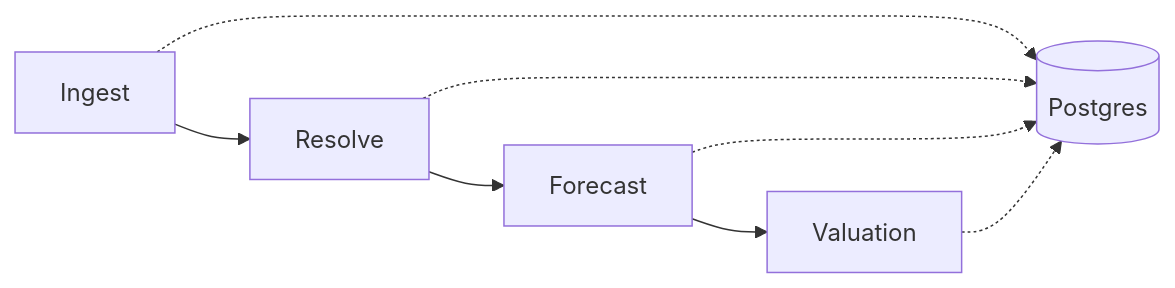
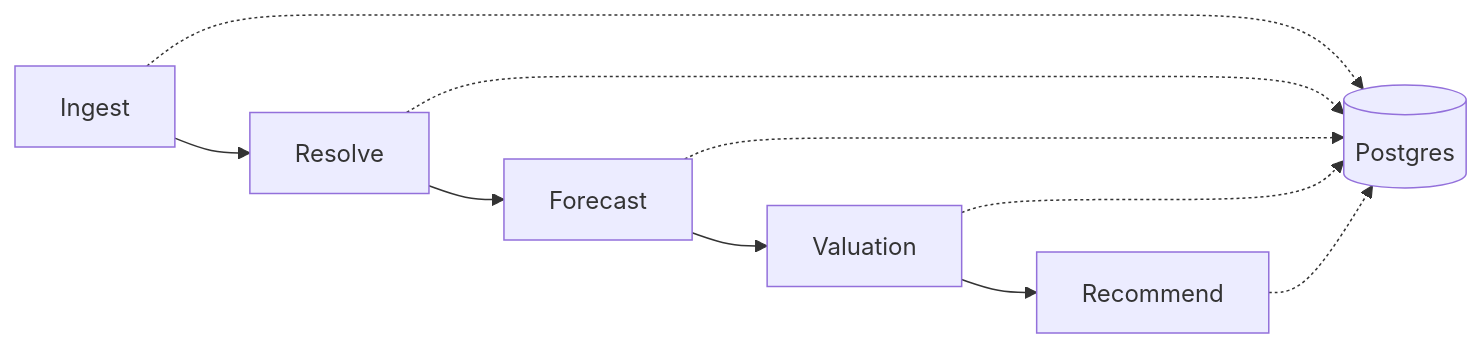
The diagram in README.md (VKKan2002/baseball_rec_proj), drawn with Mermaid before and after one commit. The commit also changed other lines of this file and 10 other files, not shown here.

````diff
--- a/README.md
+++ b/README.md
@@ -18,10 +18,12 @@
 ```mermaid
 flowchart LR
     A["Ingest"] --> B["Resolve"]
     B --> C["Forecast"]
     C --> D["Valuation"]
+    D --> E["Recommend"]
     A -.-> DB[(Postgres)]
     B -.-> DB
     C -.-> DB
     D -.-> DB
+    E -.-> DB
 ```
````
